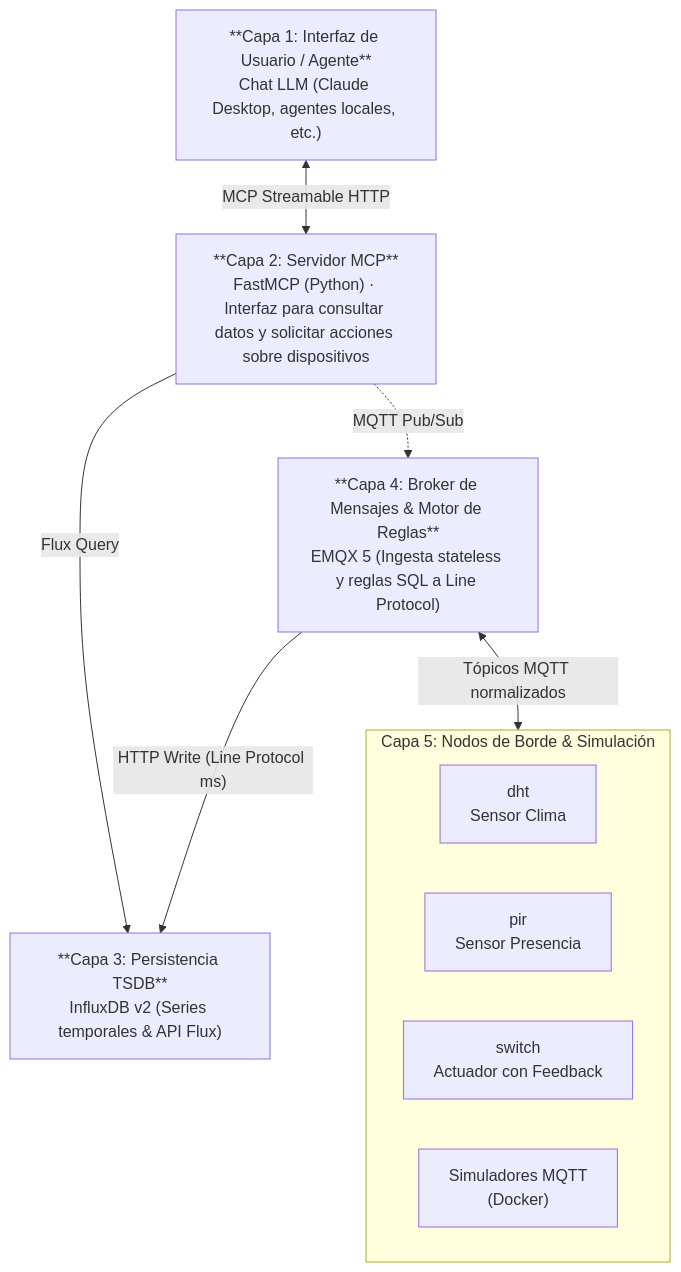
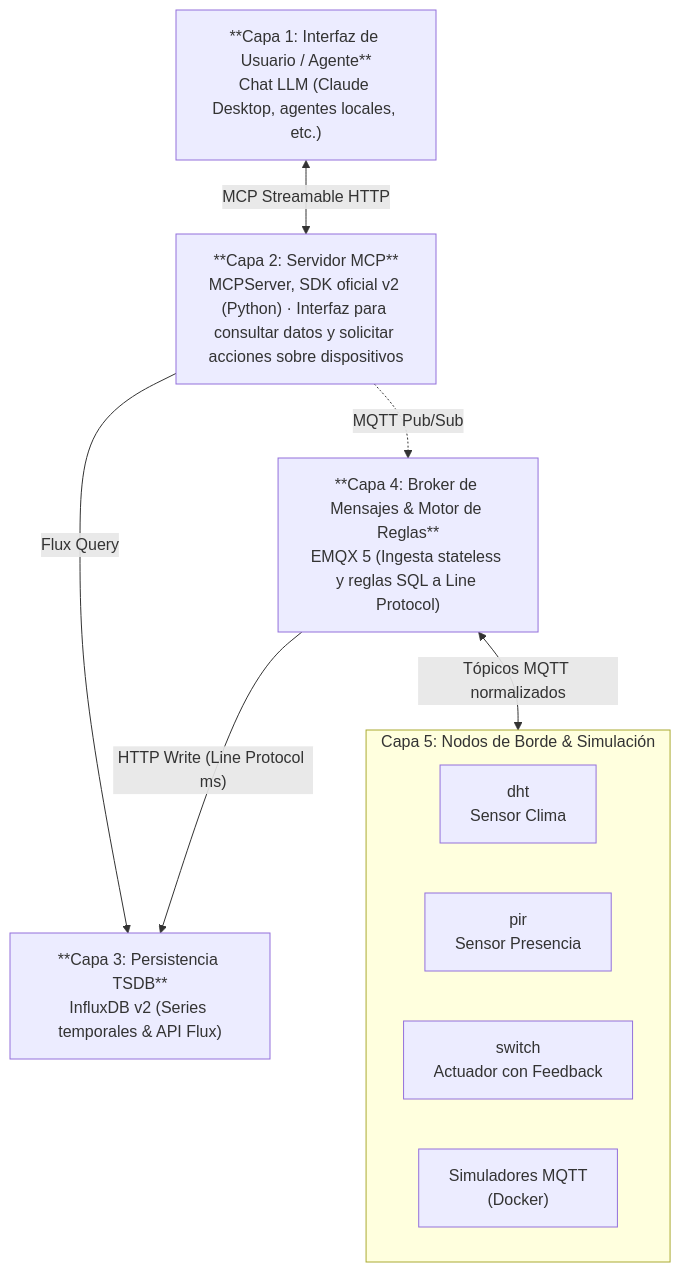
Before and after one commit to tpII/2026-g4-sensorhub: the diagram in README.md, drawn with Mermaid. The commit also changed other lines of this file and 10 other files, not shown here.

````diff
--- a/README.md
+++ b/README.md
@@ -82,24 +82,24 @@
 ```mermaid
 flowchart TD
     C1["**Capa 1: Interfaz de Usuario / Agente**<br/>Chat LLM (Claude Desktop, agentes locales, etc.)"]
 
-    C2["**Capa 2: Servidor MCP**<br/>FastMCP (Python) · Interfaz para consultar datos y solicitar acciones sobre dispositivos"]
+    C2["**Capa 2: Servidor MCP**<br/>MCPServer, SDK oficial v2 (Python) · Interfaz para consultar datos y solicitar acciones sobre dispositivos"]
 
     C3["**Capa 3: Persistencia TSDB**<br/>InfluxDB v2 (Series temporales & API Flux)"]
 
     C4["**Capa 4: Broker de Mensajes & Motor de Reglas**<br/>EMQX 5 (Ingesta stateless y reglas SQL a Line Protocol)"]
 
     subgraph C5["Capa 5: Nodos de Borde & Simulación"]
         direction LR
         dht["dht<br/>Sensor Clima"]
         pir["pir<br/>Sensor Presencia"]
         sw["switch<br/>Actuador con Feedback"]
         sim["Simuladores MQTT<br/>(Docker)"]
     end
 
     C1 <-->|"MCP Streamable HTTP"| C2
     C2 -->|"Flux Query"| C3
     C2 -.->|"MQTT Pub/Sub"| C4
     C4 -->|"HTTP Write (Line Protocol ms)"| C3
     C4 <-->|"Tópicos MQTT normalizados"| C5
 ```
````
